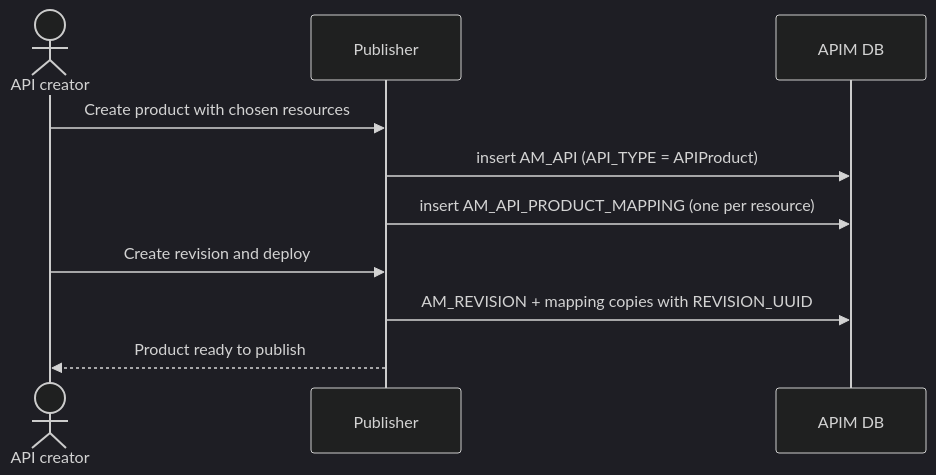
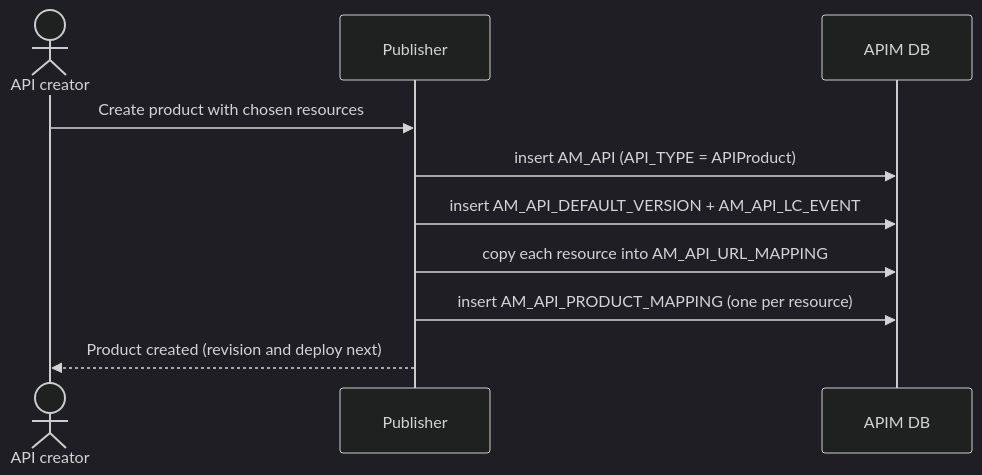
Before and after one commit to SaviNimz/apim-db-docs: the second of 2 diagrams in docs/apim-4/flows/06-api-product.md, drawn with Mermaid (dark theme). The commit also changed other lines of this file and 55 other files, not shown here.

First line of the commit message:
Verify all core flows against running 3.2.0 and 4.7.0 servers

````diff
--- a/docs/apim-4/flows/06-api-product.md
+++ b/docs/apim-4/flows/06-api-product.md
@@ -24,12 +30,12 @@
 ```mermaid
 sequenceDiagram
     actor Creator as API creator
     participant Pub as Publisher
     participant DB as APIM DB
     Creator->>Pub: Create product with chosen resources
     Pub->>DB: insert AM_API (API_TYPE = APIProduct)
+    Pub->>DB: insert AM_API_DEFAULT_VERSION + AM_API_LC_EVENT
+    Pub->>DB: copy each resource into AM_API_URL_MAPPING
     Pub->>DB: insert AM_API_PRODUCT_MAPPING (one per resource)
-    Creator->>Pub: Create revision and deploy
-    Pub->>DB: AM_REVISION + mapping copies with REVISION_UUID
-    Pub-->>Creator: Product ready to publish
+    Pub-->>Creator: Product created (revision and deploy next)
 ```
````
